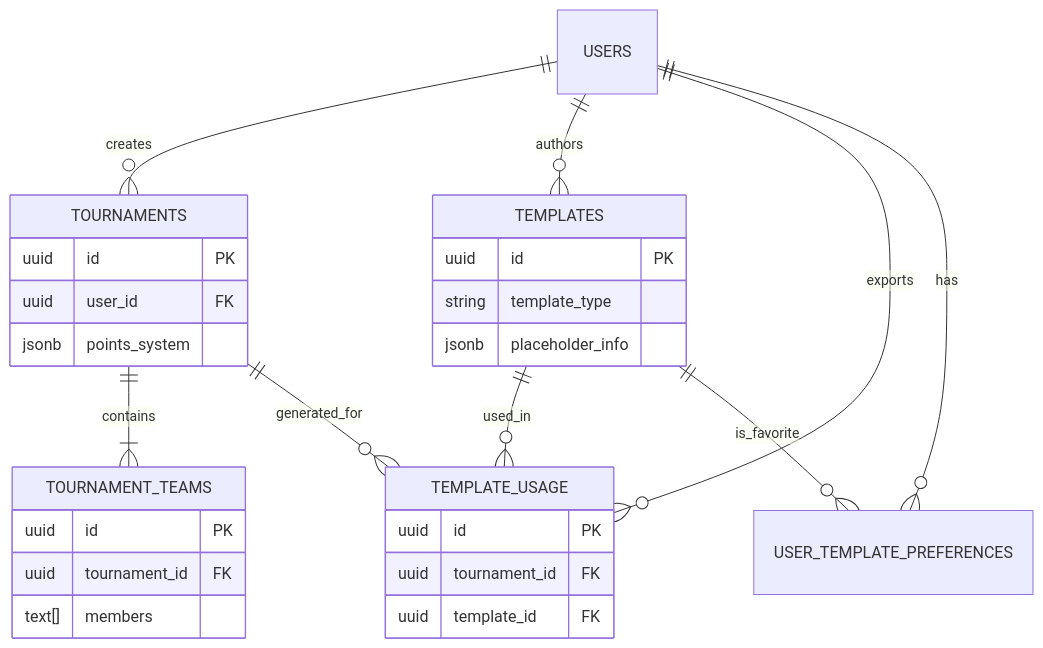
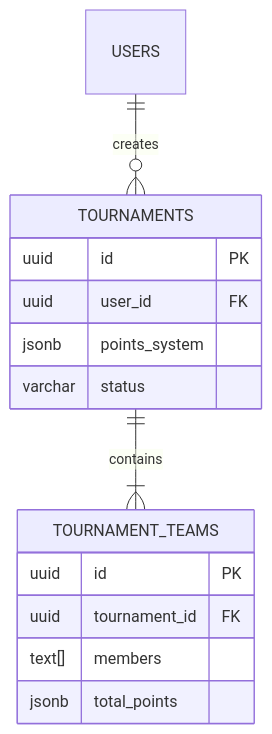
One commit to praneeth4040/LazarFlow changed the diagram in DATABASE_SCHEMA.md. Above: the diagram before and after it, drawn with Mermaid. The commit also changed other lines of this file and 16 other files, not shown here.

Commit message:
feat: Implement rank mapping and points table, replacing template-based result processing with AI extraction.

````diff
--- a/DATABASE_SCHEMA.md
+++ b/DATABASE_SCHEMA.md
@@ -111,37 +55,20 @@
 ```mermaid
 erDiagram
     USERS ||--o{ TOURNAMENTS : "creates"
-    USERS ||--o{ TEMPLATES : "authors"
-    USERS ||--o{ TEMPLATE_USAGE : "exports"
-    USERS ||--o{ USER_TEMPLATE_PREFERENCES : "has"
 
     TOURNAMENTS ||--|{ TOURNAMENT_TEAMS : "contains"
-    TOURNAMENTS ||--o{ TEMPLATE_USAGE : "generated_for"
-
-    TEMPLATES ||--o{ TEMPLATE_USAGE : "used_in"
-    TEMPLATES ||--o{ USER_TEMPLATE_PREFERENCES : "is_favorite"
 
     TOURNAMENTS {
         uuid id PK
         uuid user_id FK
         jsonb points_system
+        varchar status
     }
 
     TOURNAMENT_TEAMS {
         uuid id PK
         uuid tournament_id FK
         text[] members
-    }
-
-    TEMPLATES {
-        uuid id PK
-        string template_type
-        jsonb placeholder_info
-    }
-
-    TEMPLATE_USAGE {
-        uuid id PK
-        uuid tournament_id FK
-        uuid template_id FK
+        jsonb total_points
     }
 ```
````
